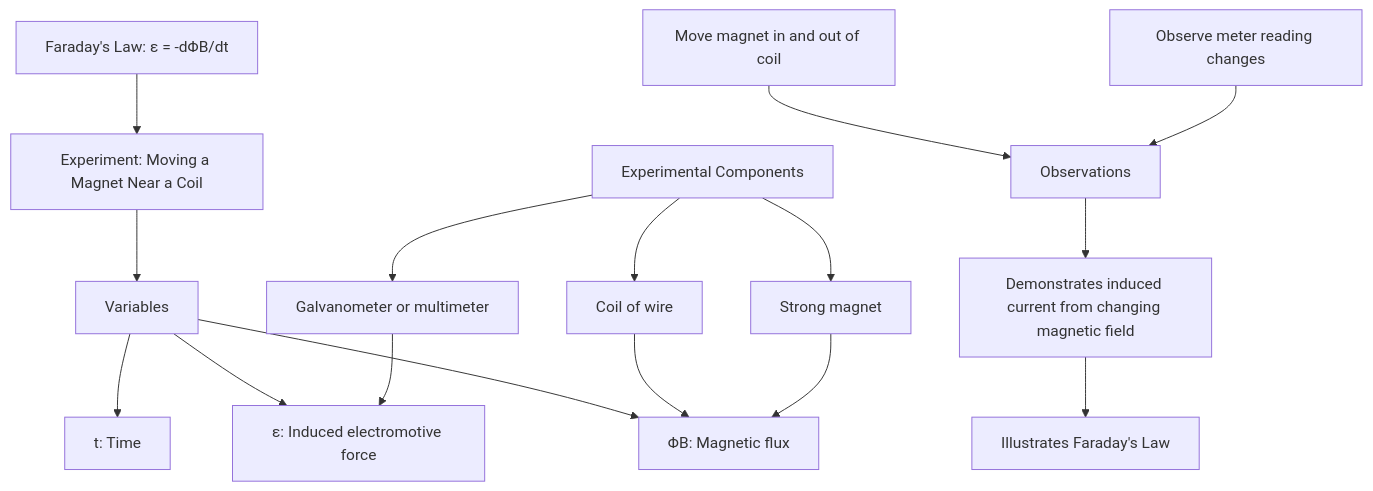
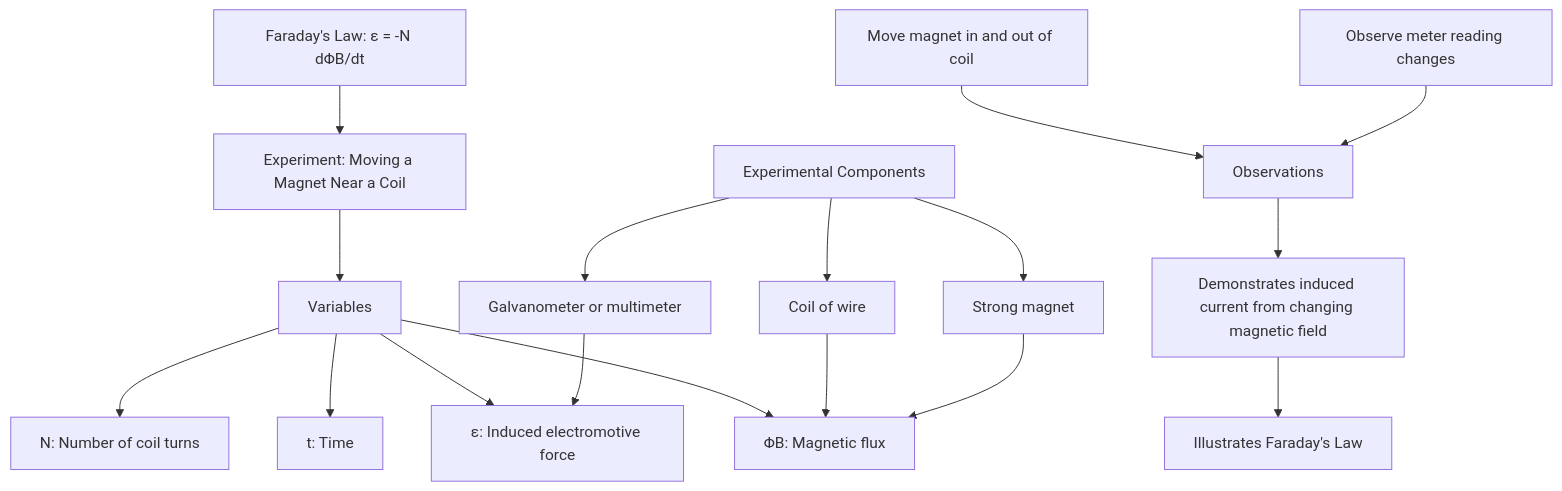
One commit to Josh-XT/math changed diagram 21 of 35 in README.md. Above: the diagram before and after it, drawn with Mermaid. The commit also changed other lines of this file, not shown here.

````diff
--- a/README.md
+++ b/README.md
@@ -1742,23 +1747,24 @@
 ```mermaid
 graph TD
-    A["Faraday's Law: ε = -dΦB/dt"] --> B["Experiment: Moving a Magnet Near a Coil"]
+    A["Faraday's Law: ε = -N dΦB/dt"] --> B["Experiment: Moving a Magnet Near a Coil"]
     B --> C["Variables"]
     C --> D["ε: Induced electromotive force"]
     C --> E["ΦB: Magnetic flux"]
     C --> F["t: Time"]
+    C --> X["N: Number of coil turns"]
     
     G["Experimental Components"] --> H["Coil of wire"]
     G --> I["Strong magnet"]
     G --> J["Galvanometer or multimeter"]
     
     H --> E
     I --> E
     J --> D
     
     K["Observations"]
     L["Move magnet in and out of coil"] --> K
     M["Observe meter reading changes"] --> K
     
     K --> N["Demonstrates induced current from changing magnetic field"]
     N --> O["Illustrates Faraday's Law"]
 ```
````
